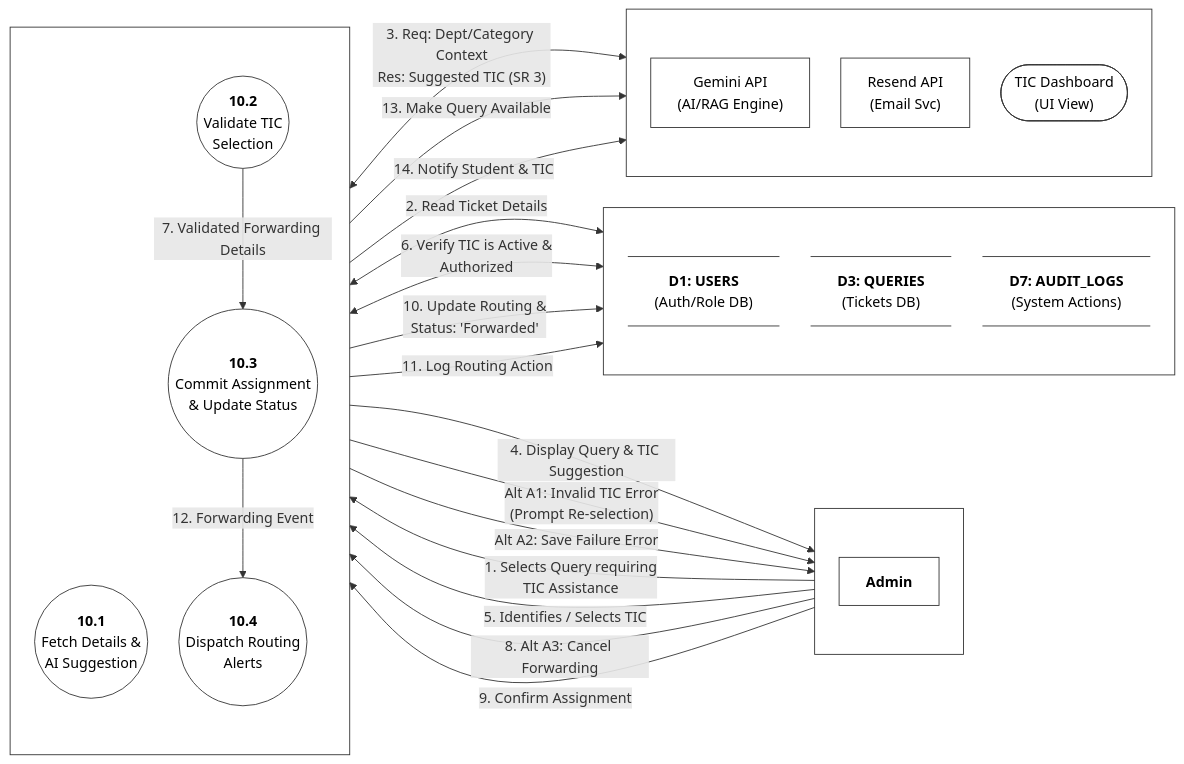
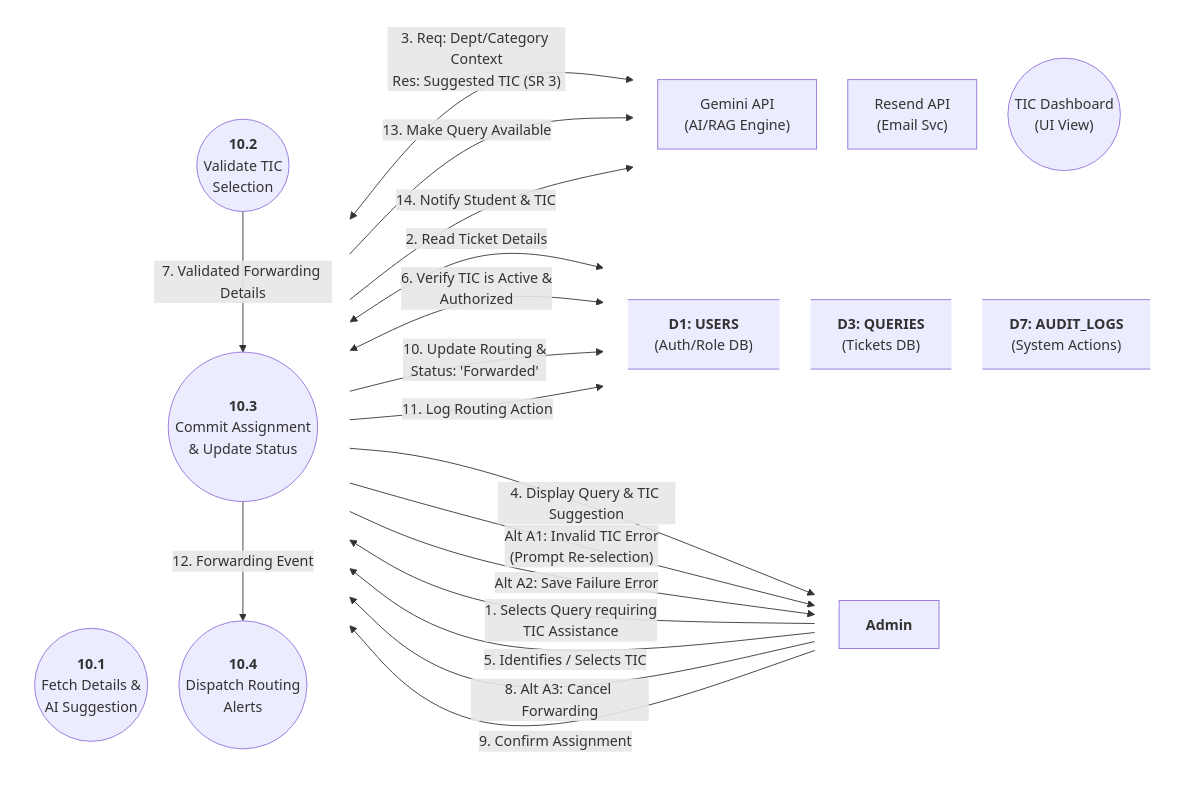
The diagram in SE/ideathon/documents/L2-DFD-A03.mmd (aryanhrc3428/Semester-5), drawn with Mermaid before and after one commit. The commit also changed 43 other files, not shown here.

```diff
--- a/SE/ideathon/documents/L2-DFD-A03.mmd
+++ b/SE/ideathon/documents/L2-DFD-A03.mmd
@@ -1,94 +1,84 @@
 %%{init: {
   "flowchart": {
     "htmlLabels": true,
     "nodeSpacing": 35,
     "rankSpacing": 85,
     "padding": 15
   }
 }}%%
 flowchart LR
 
     %% -------------------------------------------------------------
     %% COLUMN 1: ACTORS
     %% -------------------------------------------------------------
     subgraph Actors [" "]
         direction TB
         Admin["<b>Admin</b>"]
     end
 
     %% -------------------------------------------------------------
     %% COLUMN 2: SUB-PROCESSES (Decomposition of 10.0)
     %% -------------------------------------------------------------
     subgraph SubProcesses [" "]
         direction TB
         P10_1(("<b>10.1</b><br/>Fetch Details &<br/>AI Suggestion"))
         P10_2(("<b>10.2</b><br/>Validate TIC<br/>Selection"))
         P10_3(("<b>10.3</b><br/>Commit Assignment<br/>& Update Status"))
         P10_4(("<b>10.4</b><br/>Dispatch Routing<br/>Alerts"))
     end
 
     %% -------------------------------------------------------------
     %% COLUMN 3: DATA STORES
     %% -------------------------------------------------------------
     subgraph DataStores [" "]
         direction TB
         D1@{ shape: datastore, label: "<b>D1: USERS</b><br/>(Auth/Role DB)" }
         D3@{ shape: datastore, label: "<b>D3: QUERIES</b><br/>(Tickets DB)" }
         D7@{ shape: datastore, label: "<b>D7: AUDIT_LOGS</b><br/>(System Actions)" }
     end
 
     %% -------------------------------------------------------------
     %% COLUMN 4: EXTERNAL SERVICES & UI SINKS
     %% -------------------------------------------------------------
     subgraph ExtServices [" "]
         direction TB
         ExtLLM["Gemini API<br/>(AI/RAG Engine)"]
         ExtEmail["Resend API<br/>(Email Svc)"]
-        TICDash(["TIC Dashboard<br/>(UI View)"])
+        TICDash(("TIC Dashboard<br/>(UI View)"))
     end
 
     %% =============================================================
     %% DATA FLOWS
     %% =============================================================
 
     %% --- 10.1 Fetch & Suggest ---
     Admin -->|"1. Selects Query requiring<br/>TIC Assistance"| P10_1
     P10_1 <-->|"2. Read Ticket Details"| D3
     P10_1 <-->|"3. Req: Dept/Category Context<br/>Res: Suggested TIC (SR 3)"| ExtLLM
     P10_1 -->|"4. Display Query & TIC Suggestion"| Admin
     
     %% --- 10.2 Validate TIC ---
     Admin -->|"5. Identifies / Selects TIC"| P10_2
     P10_2 <-->|"6. Verify TIC is Active &<br/>Authorized"| D1
     P10_2 -->|"Alt A1: Invalid TIC Error<br/>(Prompt Re-selection)"| Admin
     
     %% --- 10.3 Commit Assignment ---
     P10_2 -->|"7. Validated Forwarding Details"| P10_3
     Admin -->|"8. Alt A3: Cancel Forwarding"| P10_3
     Admin -->|"9. Confirm Assignment"| P10_3
     P10_3 -->|"10. Update Routing &<br/>Status: 'Forwarded'"| D3
     P10_3 -->|"Alt A2: Save Failure Error"| Admin
     P10_3 -->|"11. Log Routing Action"| D7
     
     %% --- 10.4 Dispatch Alerts ---
     P10_3 -->|"12. Forwarding Event"| P10_4
     P10_4 -->|"13. Make Query Available"| TICDash
     P10_4 -->|"14. Notify Student & TIC"| ExtEmail
 
     %% -------------------------------------------------------------
     %% STYLING
     %% -------------------------------------------------------------
-    classDef processStyle fill:#fff,stroke:#333,stroke-width:1px,color:#000
-    classDef storeStyle fill:#fff,stroke:#333,stroke-width:1px,color:#000
-    classDef actorStyle fill:#fff,stroke:#333,stroke-width:1px,color:#000
-    classDef extStyle fill:#fff,stroke:#333,stroke-width:1px,color:#000
-
-    class P10_1,P10_2,P10_3,P10_4 processStyle;
-    class D1,D3,D7 storeStyle;
-    class Admin actorStyle;
-    class ExtLLM,ExtEmail,TICDash extStyle;
-
-    style Actors fill:none,stroke:#333,stroke-width:1px
-    style SubProcesses fill:none,stroke:#333,stroke-width:1px
-    style DataStores fill:none,stroke:#333,stroke-width:1px
-    style ExtServices fill:none,stroke:#333,stroke-width:1px
+    style Actors fill:none, stroke:none
+    style DataStores fill:none, stroke:none
+    style SubProcesses fill:none, stroke:none
+    style ExtServices fill:none, stroke:none
```
